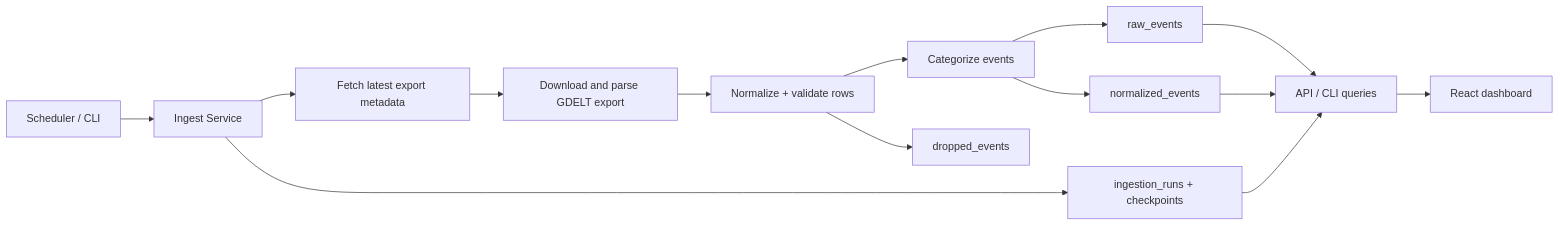
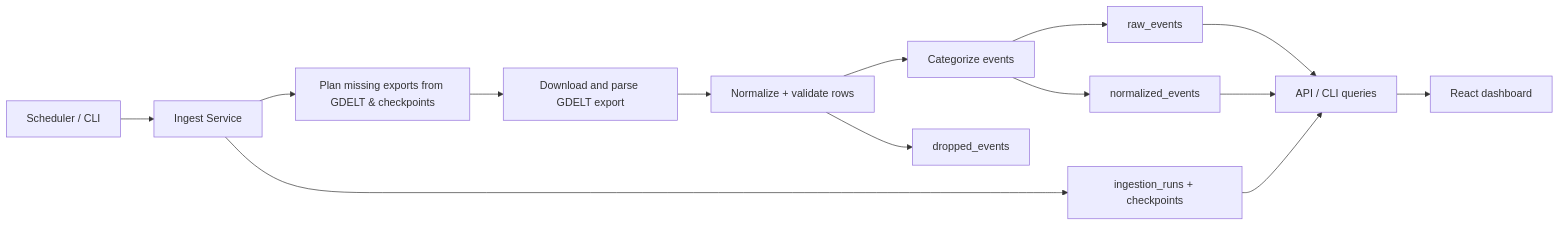
The diagram in README.md (fegalvan/Global-News-Monitor), drawn with Mermaid before and after one commit. The commit also changed other lines of this file and 3 other files, not shown here.

Commit message:
Document the architecture and real dashboard verification

````diff
--- a/README.md
+++ b/README.md
@@ -34,16 +46,16 @@
 ```mermaid
 flowchart LR
     A["Scheduler / CLI"] --> B["Ingest Service"]
-    B --> C["Fetch latest export metadata"]
+    B --> C["Plan missing exports from GDELT & checkpoints"]
     C --> D["Download and parse GDELT export"]
     D --> E["Normalize + validate rows"]
     E --> F["Categorize events"]
     F --> G["raw_events"]
     F --> H["normalized_events"]
     E --> I["dropped_events"]
     G --> J["API / CLI queries"]
     H --> J
     B --> K["ingestion_runs + checkpoints"]
     K --> J
     J --> L["React dashboard"]
 ```
````
